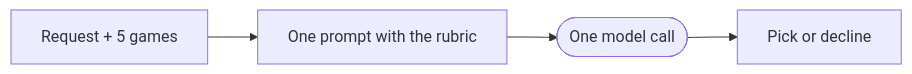
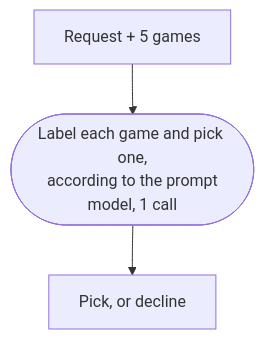
The first of 2 diagrams in README.md (larissapaola1/eais-project-1), drawn with Mermaid before and after one commit. The commit also changed other lines of this file, not shown here.

Commit message:
v10: Fixed README flow graphs.

````diff
--- a/README.md
+++ b/README.md
@@ -112,7 +112,5 @@
 ```mermaid
-%%{init: {"flowchart": {"htmlLabels": false}}}%%
-flowchart LR
-    R["Request + 5 games"] --> P["One prompt with the rubric"]
-    P --> M(["One model call"])
-    M --> A["Pick or decline"]
+flowchart TD
+    A["Request + 5 games"] --> B(["Label each game and pick one,<br/>according to the prompt<br/>model, 1 call"])
+    B --> C["Pick, or decline"]
 ```
````
